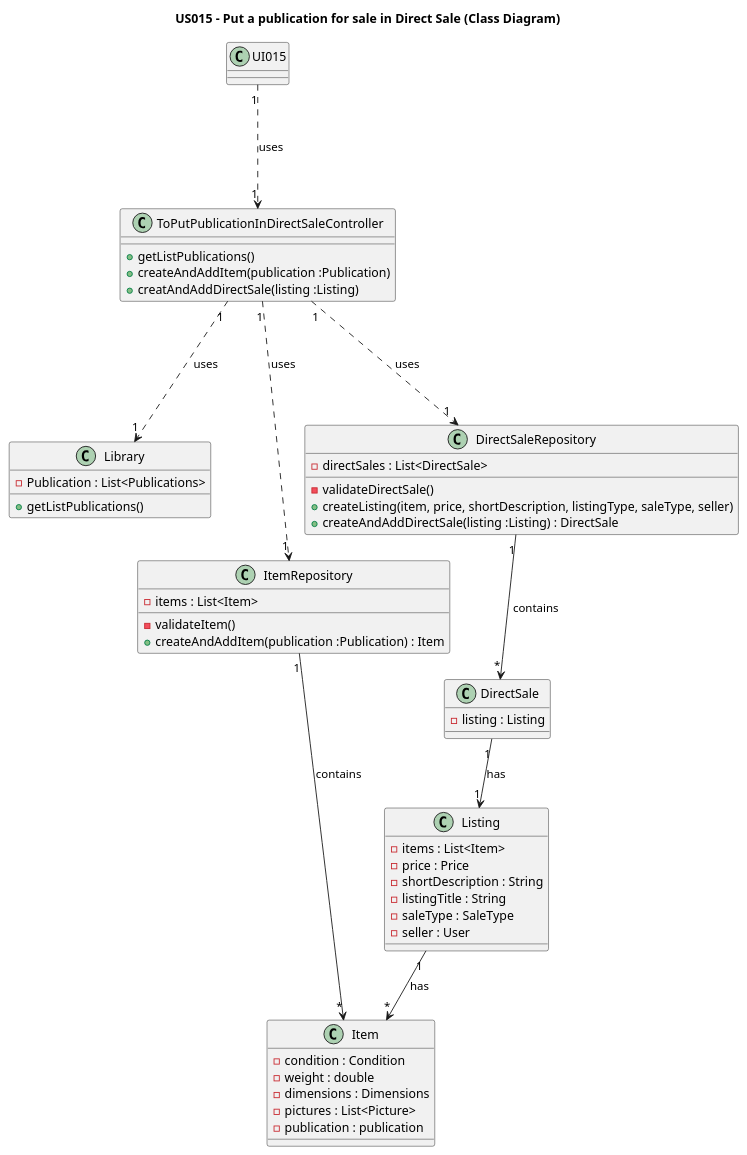
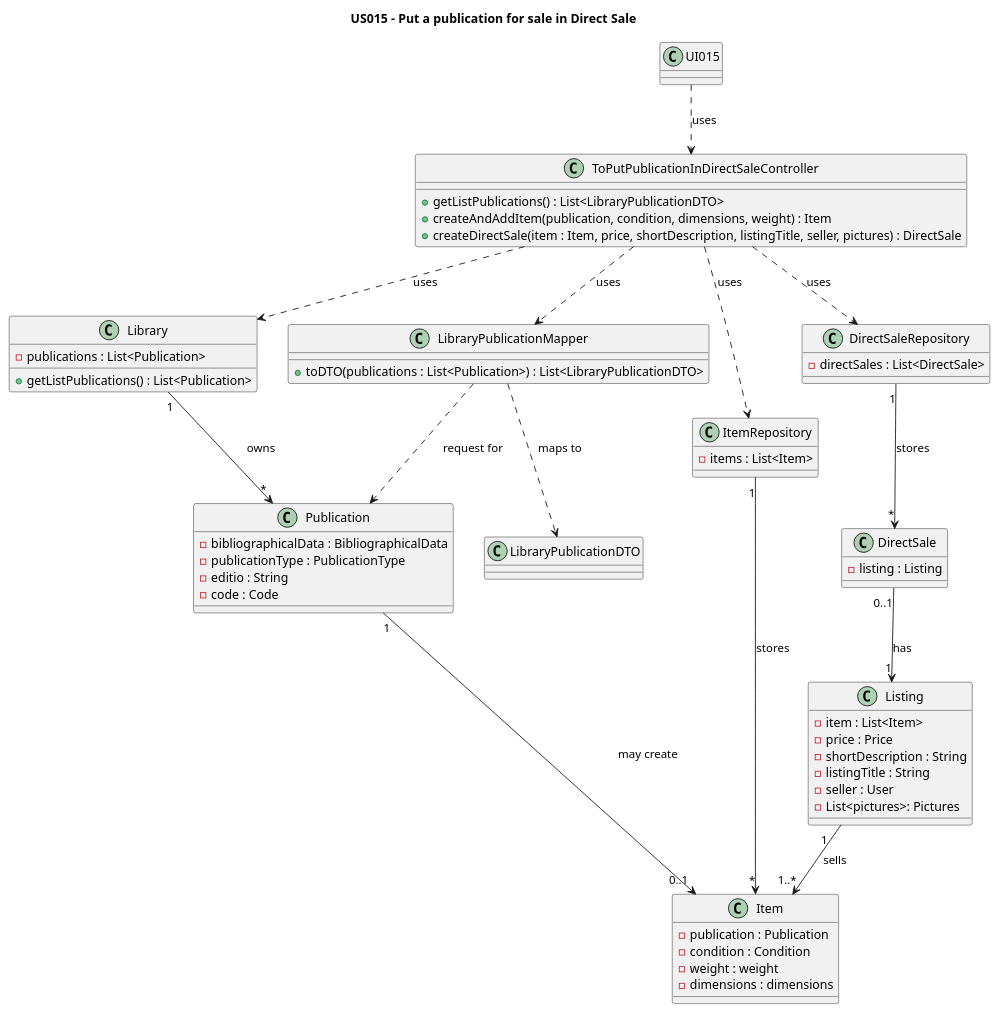
Before and after one commit to AndrePereiraGitH/SWitCH-Project-Team_A: the diagram in Diagrams/ClassDiagrams/US015-To-put-for-sale-a-publication-in-my-library-in-a-Direct-Sale.puml, drawn with PlantUML. The commit also changed 1 other file, not shown here.

```diff
--- a/Diagrams/ClassDiagrams/US015-To-put-for-sale-a-publication-in-my-library-in-a-Direct-Sale.puml
+++ b/Diagrams/ClassDiagrams/US015-To-put-for-sale-a-publication-in-my-library-in-a-Direct-Sale.puml
@@ -1,64 +1,78 @@
 @startuml
-title US015 - Put a publication for sale in Direct Sale (Class Diagram)
+title US015 - Put a publication for sale in Direct Sale
 
 class UI015 {}
 
-UI015 "1" -.-> "1" ToPutPublicationInDirectSaleController :  uses
+class ToPutPublicationInDirectSaleController {
+    + getListPublications() : List<LibraryPublicationDTO>
+    + createAndAddItem(publication, condition, dimensions, weight) : Item
+    + createDirectSale(item : Item, price, shortDescription, listingTitle, seller, pictures) : DirectSale
+}
+class Library {
+    - publications : List<Publication>
+    + getListPublications() : List<Publication>
+}
 
-class ToPutPublicationInDirectSaleController {
-    + getListPublications()
-    + createAndAddItem(publication :Publication)
-    + creatAndAddDirectSale(listing :Listing)
+class Publication {
+    - bibliographicalData : BibliographicalData
+    - publicationType : PublicationType
+    - editio : String
+    - code : Code
+}
+
+class LibraryPublicationDTO
+
+class LibraryPublicationMapper {
+    + toDTO(publications : List<Publication>) : List<LibraryPublicationDTO>
+}
+
+class Item {
+    - publication : Publication
+    - condition : Condition
+    - weight : weight
+    - dimensions : dimensions
 
 }
 
-class Library {
-    - Publication : List<Publications>
-    + getListPublications()
-}
-
-class Item {
-    - condition : Condition
-    - weight : double
-    - dimensions : Dimensions
-    - pictures : List<Picture>
-    - publication : publication
-}
-
 class Listing {
-    - items : List<Item>
+    - item : List<Item>
     - price : Price
     - shortDescription : String
     - listingTitle : String
-    - saleType : SaleType
     - seller : User
+    - List<pictures>: Pictures
 }
-
 class DirectSale {
     - listing : Listing
 }
 
 class ItemRepository {
     - items : List<Item>
-    - validateItem()
-    + createAndAddItem(publication :Publication) : Item
 }
 
 class DirectSaleRepository {
     - directSales : List<DirectSale>
-    - validateDirectSale()
-    + createListing(item, price, shortDescription, listingType, saleType, seller)
-    + createAndAddDirectSale(listing :Listing) : DirectSale
 }
 
-Listing "1" --> "*" Item : has
-DirectSale "1" --> "1" Listing : has
+' --- UI flow ---
+UI015 -.> ToPutPublicationInDirectSaleController : uses
 
-ItemRepository "1" --> "*" Item : contains
-DirectSaleRepository "1" --> "*" DirectSale : contains
+' --- Use relationships ---
+ToPutPublicationInDirectSaleController -.> Library : uses
+ToPutPublicationInDirectSaleController -.> LibraryPublicationMapper : uses
+ToPutPublicationInDirectSaleController -.> ItemRepository : uses
+ToPutPublicationInDirectSaleController -.> DirectSaleRepository : uses
 
-ToPutPublicationInDirectSaleController "1" -.-> "1" Library : uses
-ToPutPublicationInDirectSaleController "1" -.-> "1" ItemRepository : uses
-ToPutPublicationInDirectSaleController "1" -.-> "1" DirectSaleRepository : uses
+' --- Core domain relationships ---
+Library "1" --> "*" Publication : owns
+Publication "1" -> "0..1" Item : may create
+Listing "1   " --> "1..*" Item : sells
+DirectSale "0..1" --> "1" Listing : has
+
+ItemRepository "1" --> "*" Item : stores
+DirectSaleRepository "1" --> "*" DirectSale : stores
+
+LibraryPublicationMapper -.> Publication : request for
+LibraryPublicationMapper -.> LibraryPublicationDTO : maps to
 
 @enduml
```
